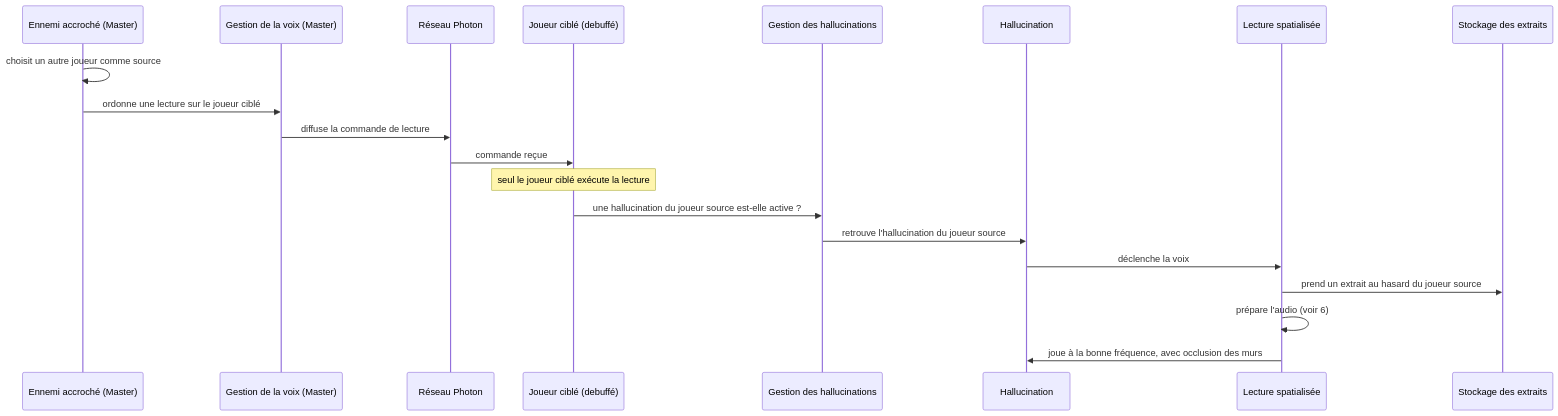
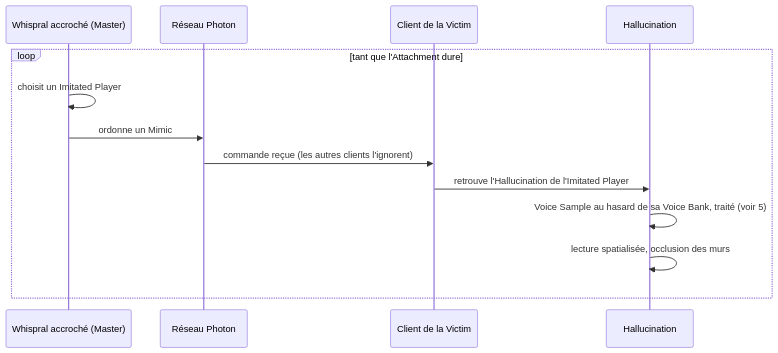
One commit to ahumadab/VepMod changed the fifth of 6 diagrams in docs/voice-mimic-pipeline.md. Above: the diagram before and after it, drawn with Mermaid. The commit also changed other lines of this file and 6 other files, not shown here.

````diff
--- a/docs/voice-mimic-pipeline.md
+++ b/docs/voice-mimic-pipeline.md
@@ -191,23 +117,16 @@
 ```mermaid
 sequenceDiagram
-    participant Master as Ennemi accroché (Master)
-    participant LMimics as Gestion de la voix (Master)
+    participant Master as Whispral accroché (Master)
     participant Net as Réseau Photon
-    participant Target as Joueur ciblé (debuffé)
-    participant Debuff as Gestion des hallucinations
-    participant Droid as Hallucination
-    participant Play as Lecture spatialisée
-    participant Wav as Stockage des extraits
+    participant Victim as Client de la Victim
+    participant Hallu as Hallucination
 
-    Master->>Master: choisit un autre joueur comme source
-    Master->>LMimics: ordonne une lecture sur le joueur ciblé
-    LMimics->>Net: diffuse la commande de lecture
-    Net->>Target: commande reçue
-    Note over Target: seul le joueur ciblé exécute la lecture
-    Target->>Debuff: une hallucination du joueur source est-elle active ?
-    Debuff->>Droid: retrouve l'hallucination du joueur source
-    Droid->>Play: déclenche la voix
-    Play->>Wav: prend un extrait au hasard du joueur source
-    Play->>Play: prépare l'audio (voir 6)
-    Play->>Droid: joue à la bonne fréquence, avec occlusion des murs
+    loop tant que l'Attachment dure
+        Master->>Master: choisit un Imitated Player
+        Master->>Net: ordonne un Mimic
+        Net->>Victim: commande reçue (les autres clients l'ignorent)
+        Victim->>Hallu: retrouve l'Hallucination de l'Imitated Player
+        Hallu->>Hallu: Voice Sample au hasard de sa Voice Bank, traité (voir 5)
+        Hallu->>Hallu: lecture spatialisée, occlusion des murs
+    end
 ```
````
